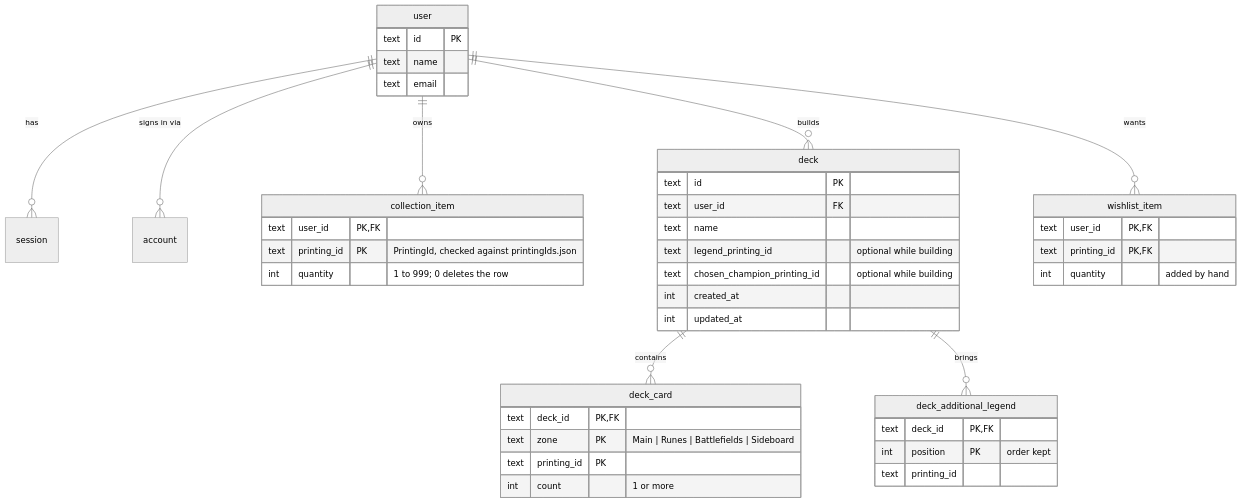
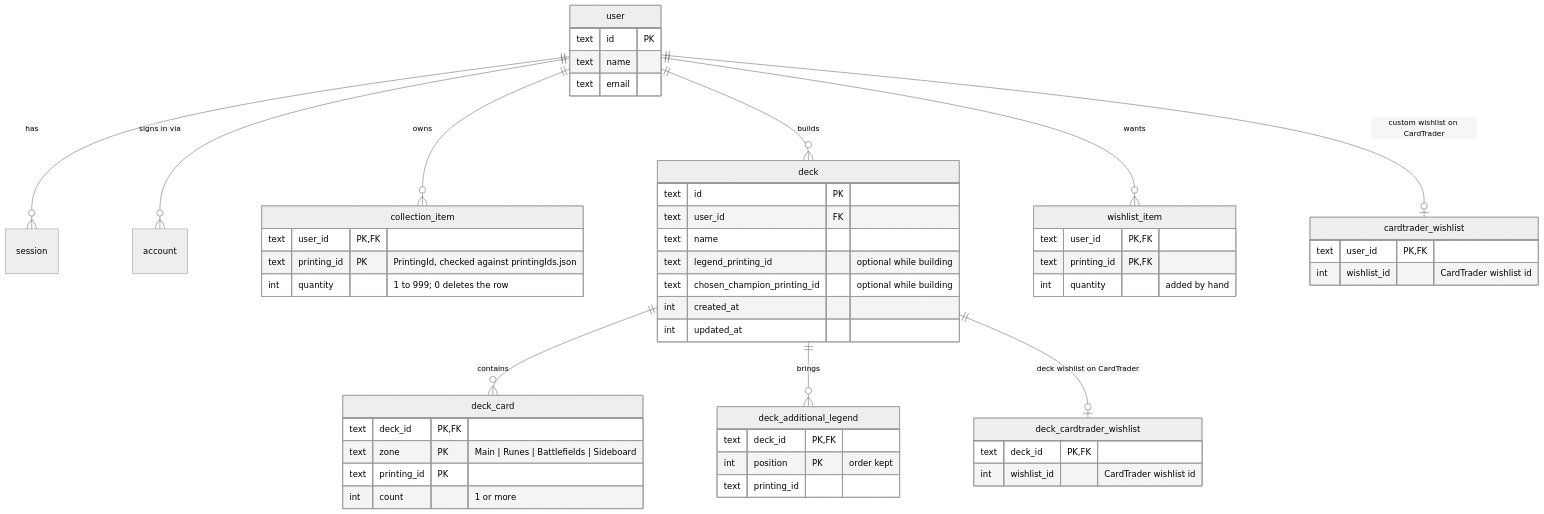
One commit to NichAnti/runebinder changed the first of 7 diagrams in docs/03-data-and-flows.md. Above: the diagram before and after it, drawn with Mermaid (neutral theme). The commit also changed other lines of this file and 120 other files, not shown here.

First line of the commit message:
Make CardTrader an add-on and merge the catalogue and collection into one Cards page

````diff
--- a/docs/03-data-and-flows.md
+++ b/docs/03-data-and-flows.md
@@ -20,46 +20,56 @@
 ```mermaid
 erDiagram
   user ||--o{ session : has
   user ||--o{ account : "signs in via"
   user ||--o{ collection_item : owns
   user ||--o{ deck : builds
   deck ||--o{ deck_card : contains
   deck ||--o{ deck_additional_legend : brings
   user ||--o{ wishlist_item : wants
+  user ||--o| cardtrader_wishlist : "custom wishlist on CardTrader"
+  deck ||--o| deck_cardtrader_wishlist : "deck wishlist on CardTrader"
 
   user {
     text id PK
     text name
     text email
   }
   collection_item {
     text user_id PK, FK
     text printing_id PK "PrintingId, checked against printingIds.json"
     int quantity "1 to 999; 0 deletes the row"
   }
   deck {
     text id PK
     text user_id FK
     text name
     text legend_printing_id "optional while building"
     text chosen_champion_printing_id "optional while building"
     int created_at
     int updated_at
   }
   deck_card {
     text deck_id PK, FK
     text zone PK "Main | Runes | Battlefields | Sideboard"
     text printing_id PK
     int count "1 or more"
   }
   deck_additional_legend {
     text deck_id PK, FK
     int position PK "order kept"
     text printing_id
   }
   wishlist_item {
     text user_id PK, FK
     text printing_id PK, FK
     int quantity "added by hand"
   }
+  cardtrader_wishlist {
+    text user_id PK, FK
+    int wishlist_id "CardTrader wishlist id"
+  }
+  deck_cardtrader_wishlist {
+    text deck_id PK, FK
+    int wishlist_id "CardTrader wishlist id"
+  }
 ```
````
